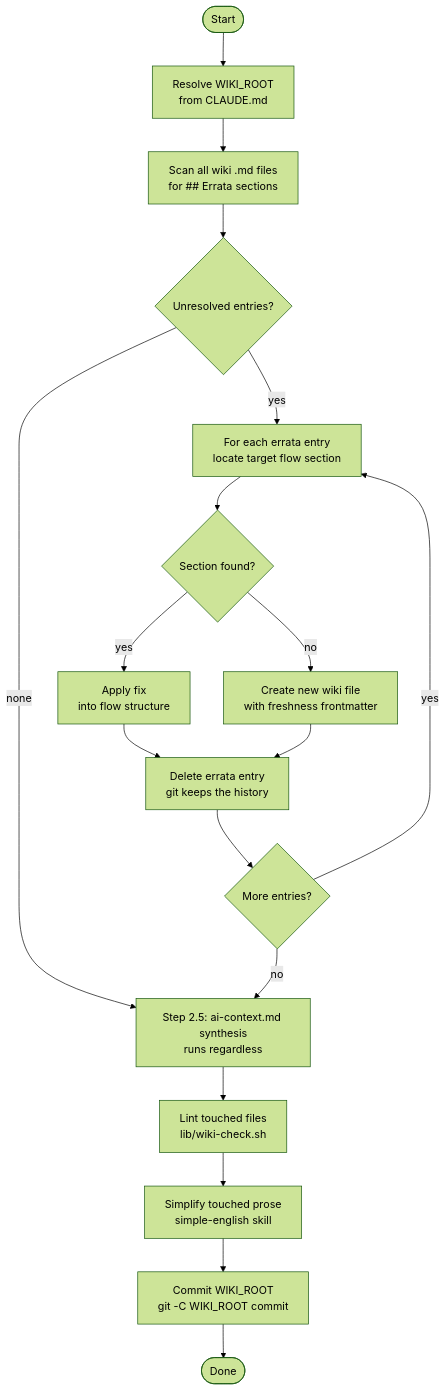
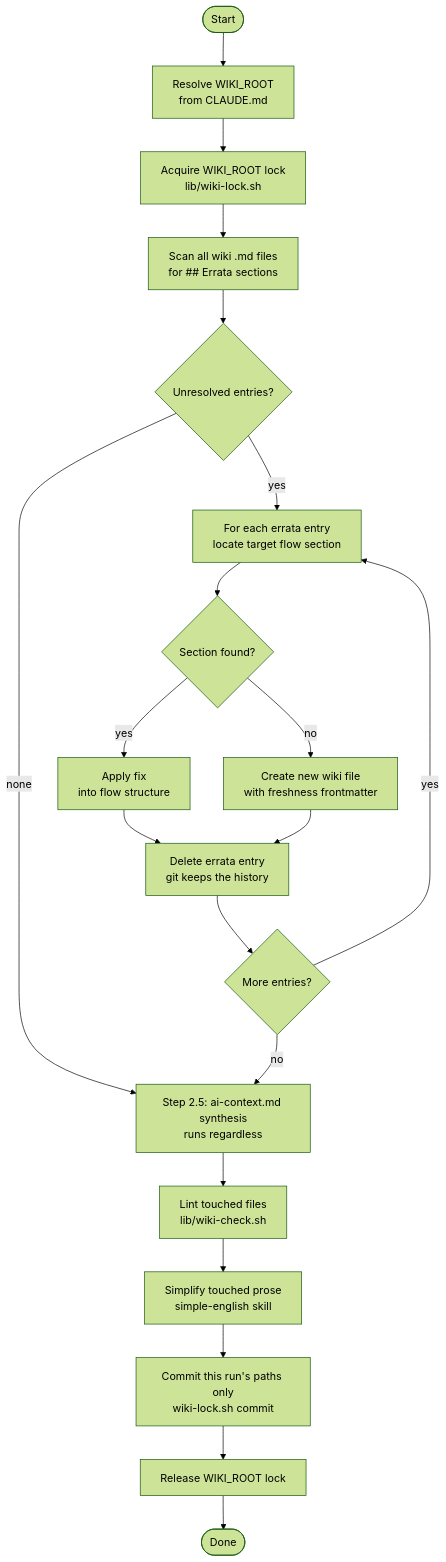
One commit to rogueprocess13/claude-plugins changed the diagram in ticket-auto-pipeline/docs/skills/wiki-maintenance.md. Above: the diagram before and after it, drawn with Mermaid (forest theme). The commit also changed other lines of this file and 7 other files, not shown here.

First line of the commit message:
fix(ticket-auto-pipeline): serialize wiki-maintenance on a WIKI_ROOT lock and commit only this run's paths (#409)

````diff
--- a/ticket-auto-pipeline/docs/skills/wiki-maintenance.md
+++ b/ticket-auto-pipeline/docs/skills/wiki-maintenance.md
@@ -36,20 +36,22 @@
 ```mermaid
 flowchart TD
     A([Start]) --> B[Resolve WIKI_ROOT\nfrom CLAUDE.md]
-    B --> C[Scan all wiki .md files\nfor ## Errata sections]
+    B --> LK[Acquire WIKI_ROOT lock\nlib/wiki-lock.sh]
+    LK --> C[Scan all wiki .md files\nfor ## Errata sections]
     C --> D{Unresolved entries?}
     D -- none --> E[Step 2.5: ai-context.md synthesis\nruns regardless]
     D -- yes --> F[For each errata entry\nlocate target flow section]
     F --> G{Section found?}
     G -- yes --> H[Apply fix\ninto flow structure]
     G -- no --> I[Create new wiki file\nwith freshness frontmatter]
     H --> J[Delete errata entry\ngit keeps the history]
     I --> J
     J --> K{More entries?}
     K -- yes --> F
     K -- no --> E
     E --> L[Lint touched files\nlib/wiki-check.sh]
     L --> O[Simplify touched prose\nsimple-english skill]
-    O --> M[Commit WIKI_ROOT\ngit -C WIKI_ROOT commit]
-    M --> N([Done])
+    O --> M[Commit this run's paths only\nwiki-lock.sh commit]
+    M --> R[Release WIKI_ROOT lock]
+    R --> N([Done])
 ```
````
